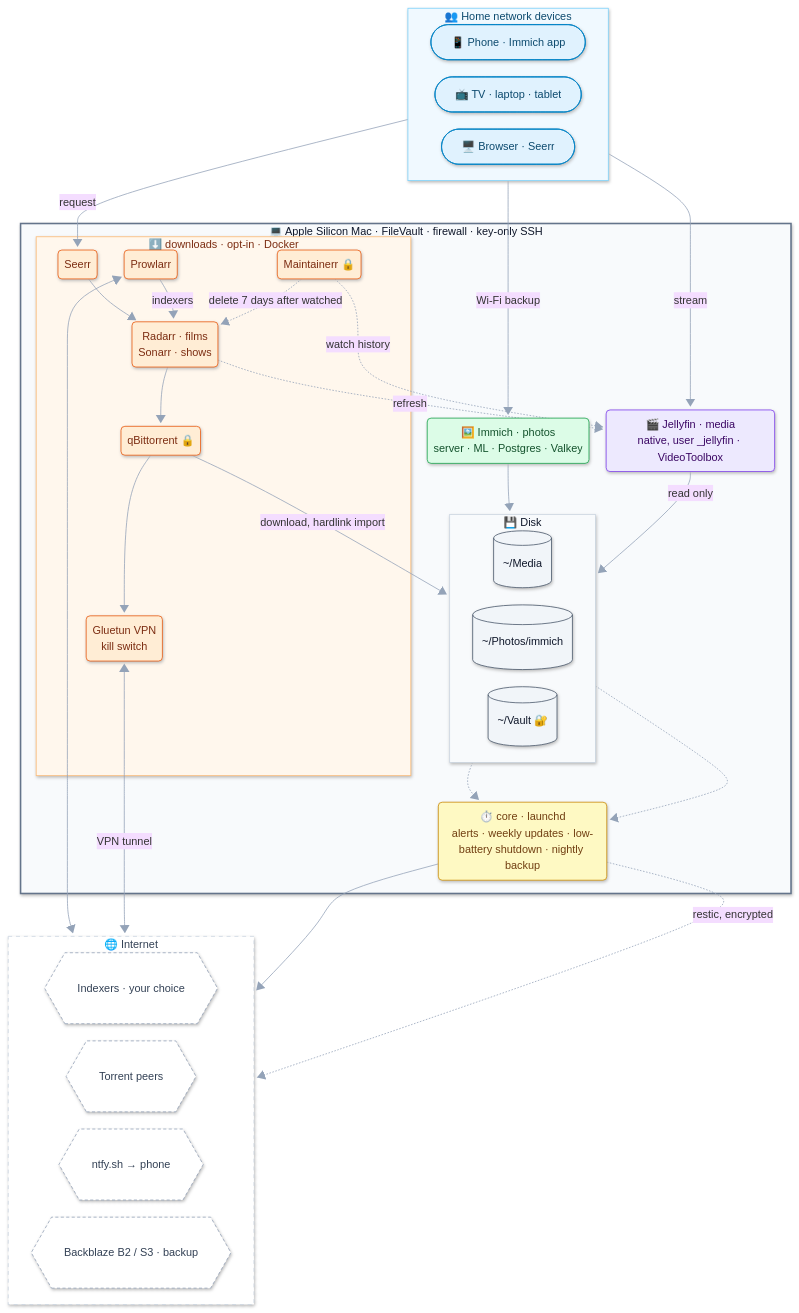
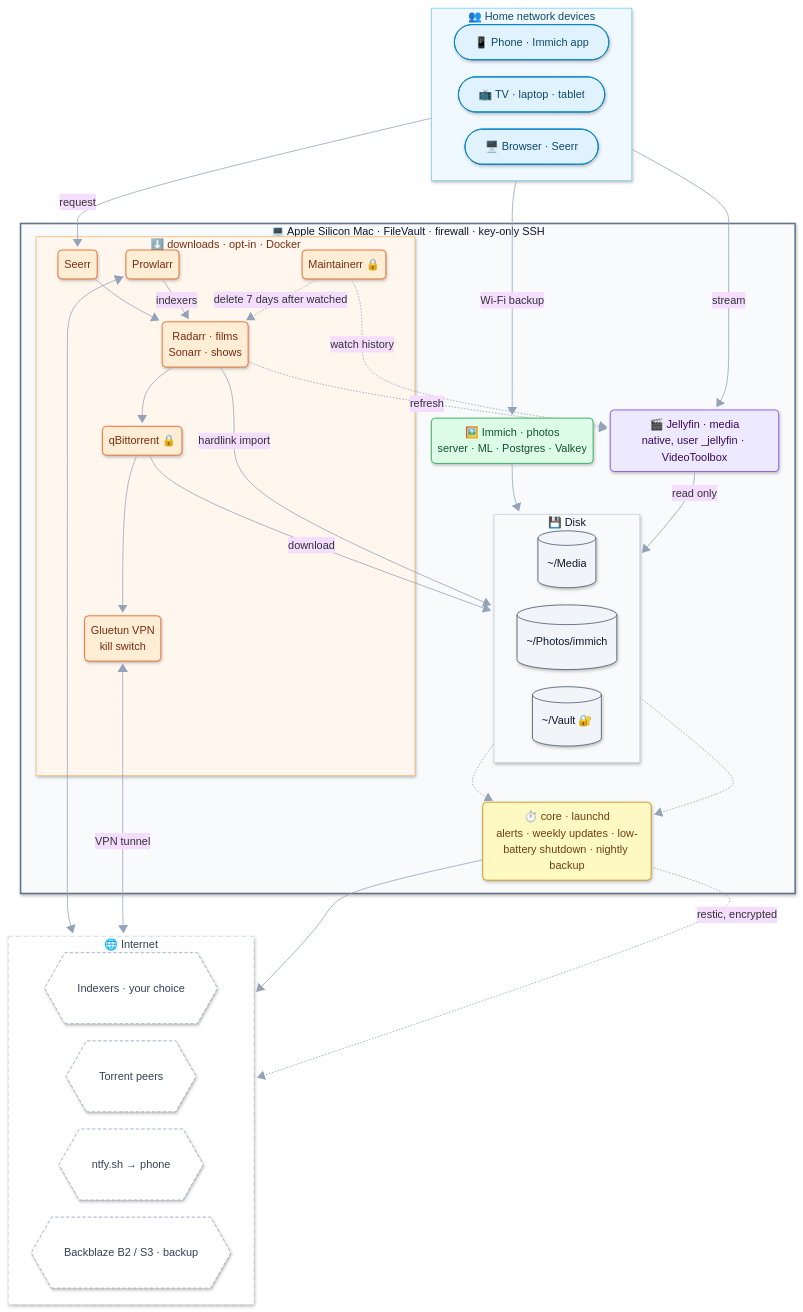
The diagram in README.md (NipunaRanasinghe/homecider), drawn with Mermaid before and after one commit. The commit also changed other lines of this file, not shown here.

```diff
--- a/README.md
+++ b/README.md
@@ -88,7 +88,8 @@
   prowlarr -->|indexers| arr
   prowlarr <--> indexers
   arr --> qbit --> gluetun <-->|VPN tunnel| peers
-  qbit -->|download, hardlink import| media
+  qbit -->|download| media
+  arr -->|hardlink import| media
   screens -->|stream| jellyfin -->|read only| media
   arr -.->|refresh| jellyfin
   maintainerr -.->|watch history| jellyfin
```
